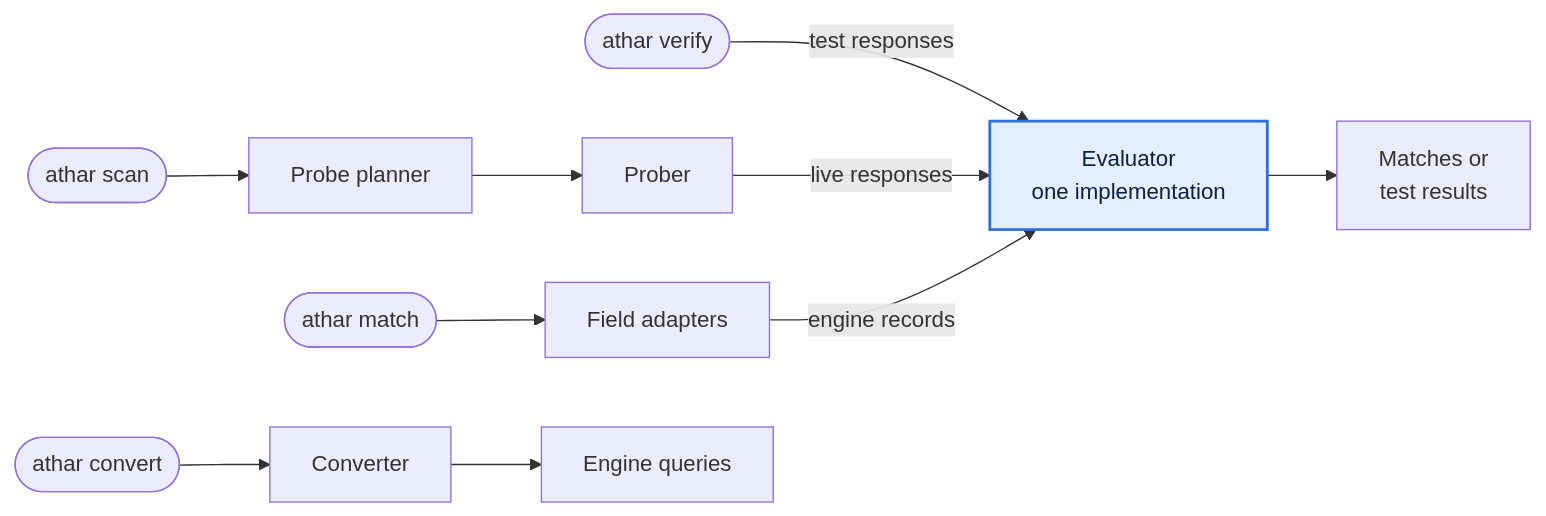
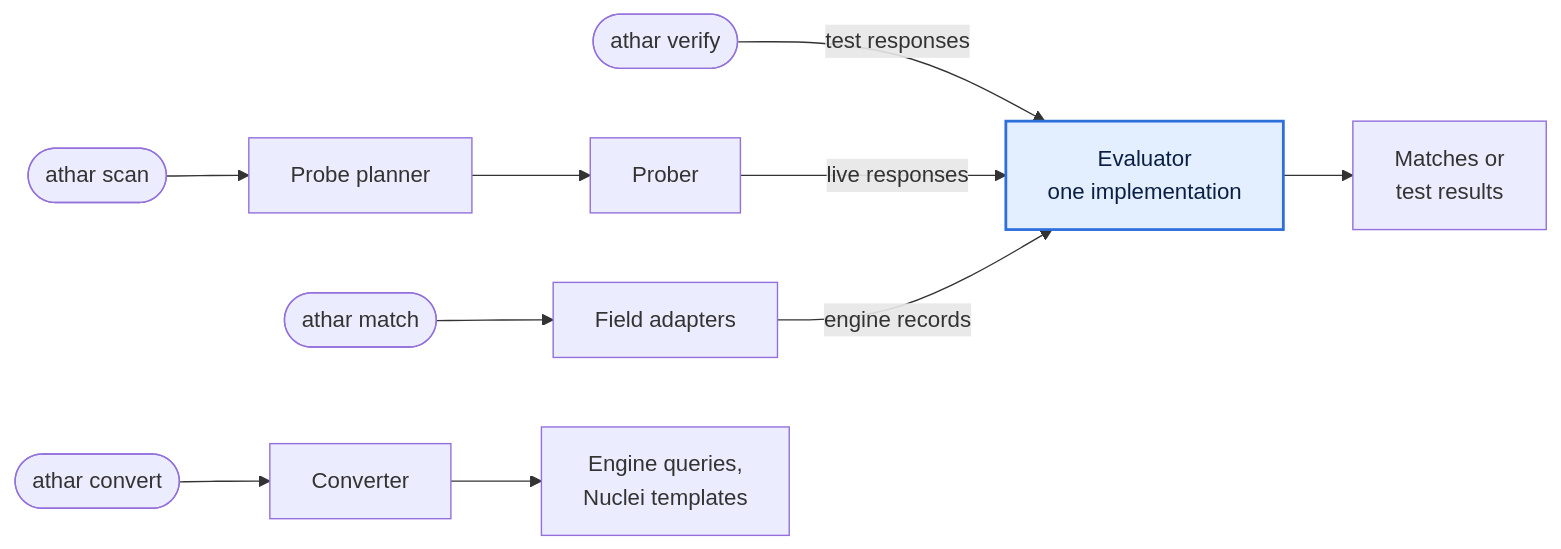
Before and after one commit to Athar-HQ/Athar: the diagram in cli/README.md, drawn with Mermaid. The commit also changed other lines of this file and 13 other files, not shown here.

First line of the commit message:
Convert rules to Nuclei templates

````diff
--- a/cli/README.md
+++ b/cli/README.md
@@ -147,10 +149,10 @@
 ```mermaid
 flowchart LR
   V(["athar verify"]) -->|test responses| EV
   S(["athar scan"]) --> PL["Probe planner"] --> PR["Prober"] -->|live responses| EV
   M(["athar match"]) --> FA["Field adapters"] -->|engine records| EV
-  C(["athar convert"]) --> BE["Converter"] --> Q["Engine queries"]
+  C(["athar convert"]) --> BE["Converter"] --> Q["Engine queries,<br/>Nuclei templates"]
   EV["Evaluator<br/>one implementation"] --> O["Matches or<br/>test results"]
   classDef eval fill:#e3efff,stroke:#2f6fdb,stroke-width:2px,color:#0b1f44
   class EV eval
 ```
````
